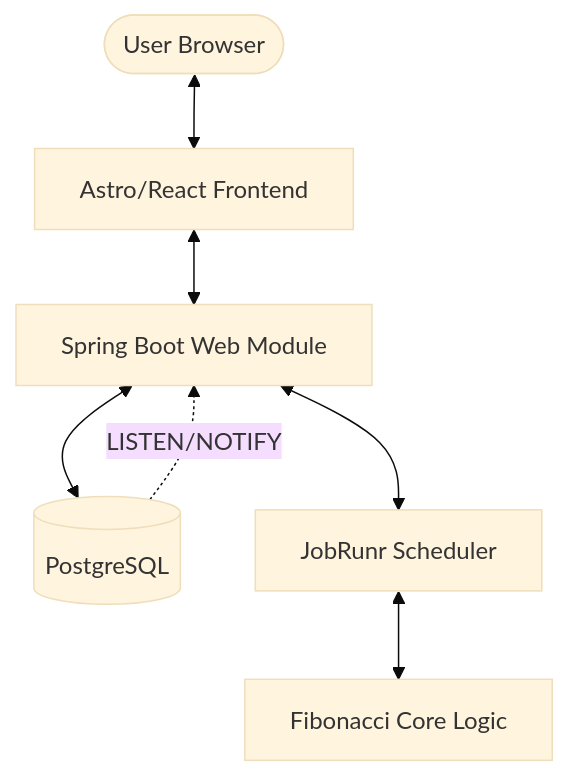
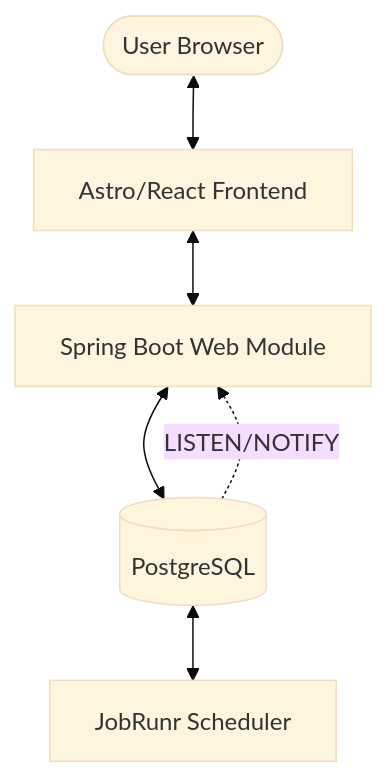
Before and after one commit to mangila/fibonacci: the diagram in README.md, drawn with Mermaid (base theme).

````diff
--- a/README.md
+++ b/README.md
@@ -34,9 +34,8 @@
 ```mermaid
 graph TD
     User([User Browser]) <--> Client[Astro/React Frontend]
     Client <--> Web[Spring Boot Web Module]
     Web <--> DB[(PostgreSQL)]
-    Web <--> Scheduler[JobRunr Scheduler]
-    Scheduler <--> Core[Fibonacci Core Logic]
+    DB[(PostgreSQL)] <--> Scheduler[JobRunr Scheduler]
     DB -.->|LISTEN/NOTIFY| Web
 ```
````
